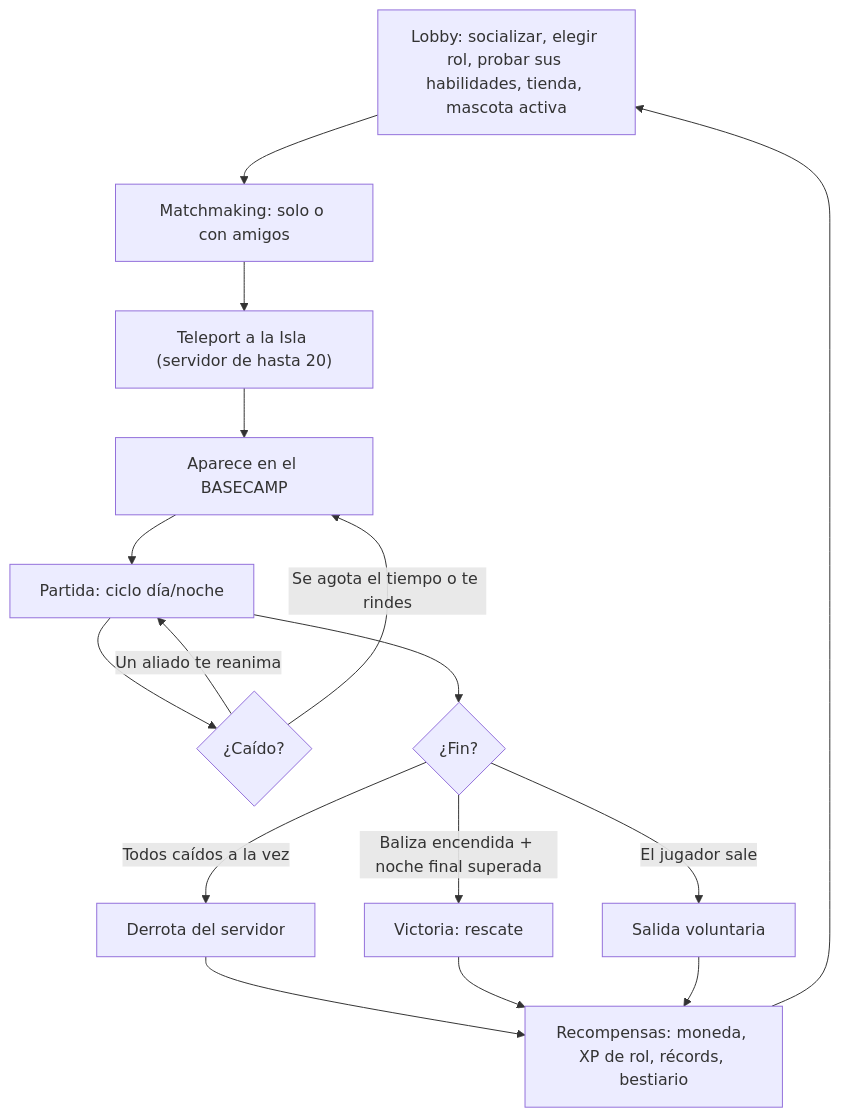
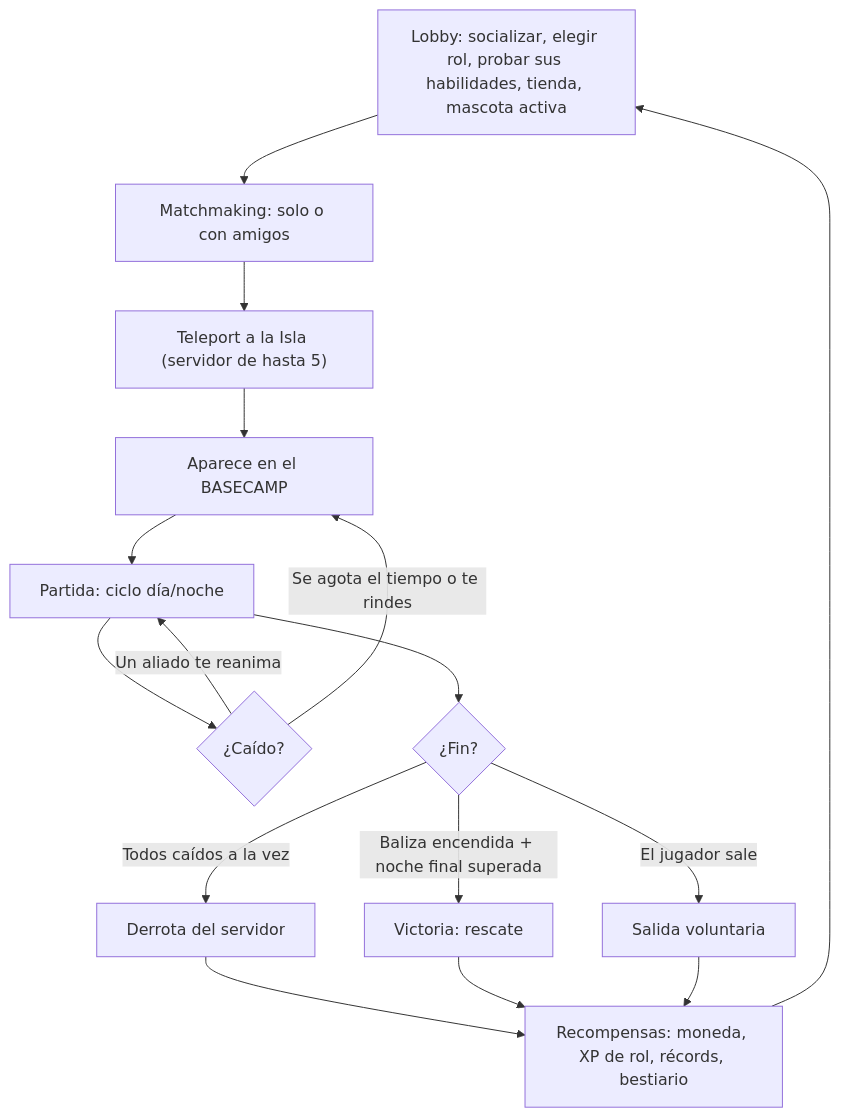
One commit to Discosofia/Monkey_Island_2026 changed the first of 7 diagrams in docs/GDD.md. Above: the diagram before and after it, drawn with Mermaid. The commit also changed other lines of this file and 7 other files, not shown here.

Commit message:
El juego pasa a ser para grupos de amigos: la partida de la Isla es de hasta 5 jugadores (antes 20) y el grupo del Lobby también de 5 (antes 6); el GDD, el plan, SETUP (tamaño del servidor en Roblox: 5), RENDIMIENTO, LANZAMIENTO, el README y el bucle de retención lo dicen así

````diff
--- a/docs/GDD.md
+++ b/docs/GDD.md
@@ -60,18 +60,18 @@
 ```mermaid
 flowchart TD
   L["Lobby: socializar, elegir rol, probar sus habilidades, tienda, mascota activa"] --> Q["Matchmaking: solo o con amigos"]
-  Q --> T["Teleport a la Isla (servidor de hasta 20)"]
+  Q --> T["Teleport a la Isla (servidor de hasta 5)"]
   T --> B["Aparece en el BASECAMP"]
   B --> P["Partida: ciclo día/noche"]
   P --> C{"¿Caído?"}
   C -->|"Un aliado te reanima"| P
   C -->|"Se agota el tiempo o te rindes"| B
   P --> R{"¿Fin?"}
   R -->|"Todos caídos a la vez"| D["Derrota del servidor"]
   R -->|"Baliza encendida + noche final superada"| V["Victoria: rescate"]
   R -->|"El jugador sale"| X["Salida voluntaria"]
   D --> RW["Recompensas: moneda, XP de rol, récords, bestiario"]
   V --> RW
   X --> RW
   RW --> L
 ```
````
